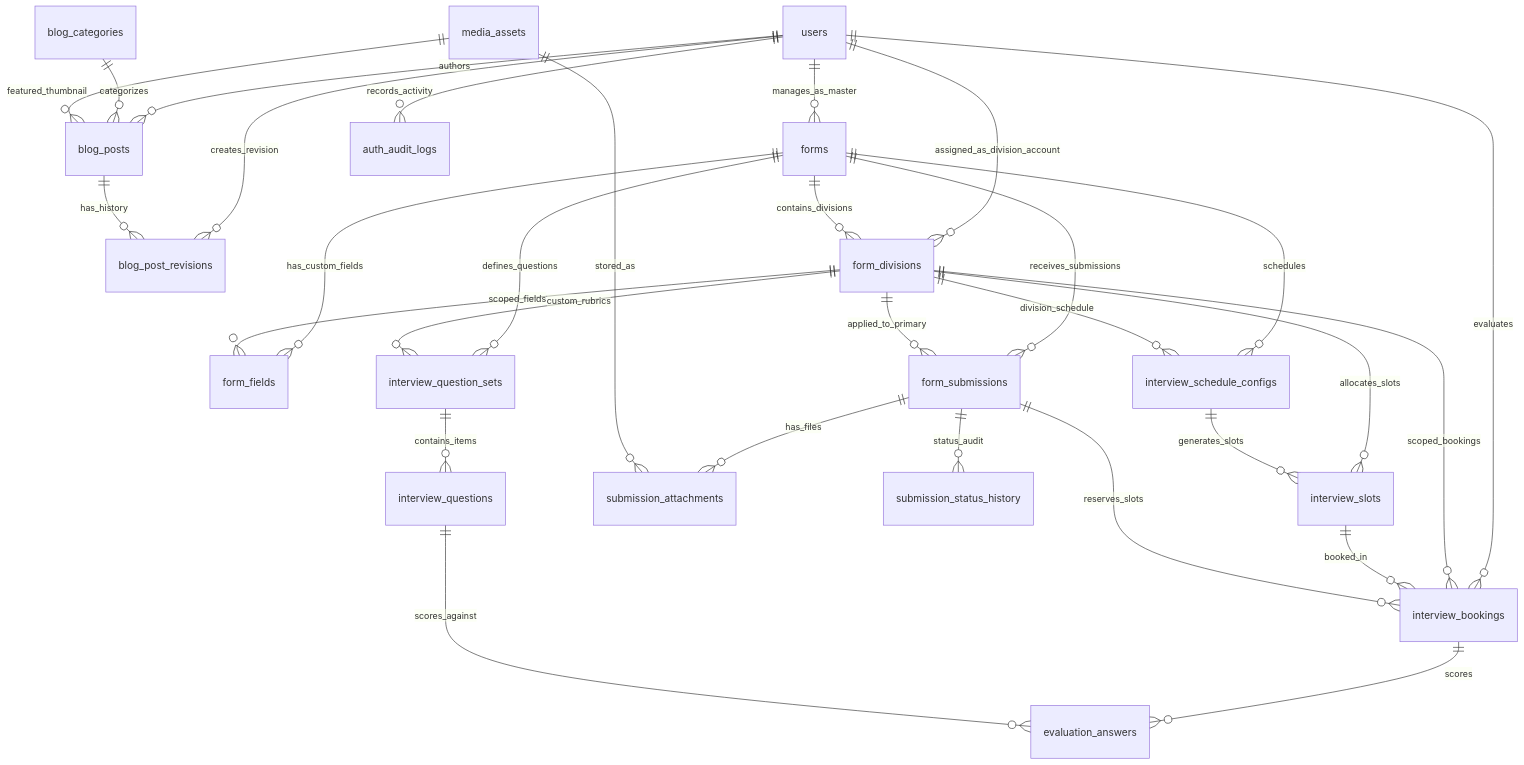
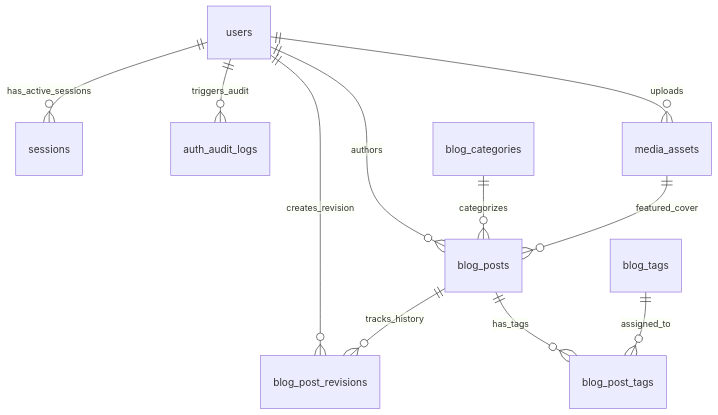
One commit to NabilHilmi21/himaiftelkomuniv changed the diagram in planning/DATABASE_SCHEMA.md. Above: the diagram before and after it, drawn with Mermaid. The commit also changed other lines of this file and 11 other files, not shown here.

Commit message:
docs(planning): pivot architecture to modern wordpress-like blog cms v3.0.0

````diff
--- a/planning/DATABASE_SCHEMA.md
+++ b/planning/DATABASE_SCHEMA.md
@@ -52,38 +48,14 @@
 ```mermaid
 erDiagram
+    users ||--o{ sessions : "has_active_sessions"
+    users ||--o{ auth_audit_logs : "triggers_audit"
     users ||--o{ blog_posts : "authors"
     users ||--o{ blog_post_revisions : "creates_revision"
-    users ||--o{ forms : "manages_as_master"
-    users ||--o{ form_divisions : "assigned_as_division_account"
-    users ||--o{ interview_bookings : "evaluates"
-    users ||--o{ auth_audit_logs : "records_activity"
+    users ||--o{ media_assets : "uploads"
 
     blog_categories ||--o{ blog_posts : "categorizes"
-    blog_posts ||--o{ blog_post_revisions : "has_history"
-    media_assets ||--o{ blog_posts : "featured_thumbnail"
-
-    forms ||--o{ form_divisions : "contains_divisions"
-    forms ||--o{ form_fields : "has_custom_fields"
-    forms ||--o{ form_submissions : "receives_submissions"
-    forms ||--o{ interview_schedule_configs : "schedules"
-    forms ||--o{ interview_question_sets : "defines_questions"
-
-    form_divisions ||--o{ form_fields : "scoped_fields"
-    form_divisions ||--o{ form_submissions : "applied_to_primary"
-    form_divisions ||--o{ interview_schedule_configs : "division_schedule"
-    form_divisions ||--o{ interview_slots : "allocates_slots"
-    form_divisions ||--o{ interview_question_sets : "custom_rubrics"
-    form_divisions ||--o{ interview_bookings : "scoped_bookings"
-
-    interview_schedule_configs ||--o{ interview_slots : "generates_slots"
-    interview_slots ||--o{ interview_bookings : "booked_in"
-
-    form_submissions ||--o{ submission_attachments : "has_files"
-    form_submissions ||--o{ submission_status_history : "status_audit"
-    form_submissions ||--o{ interview_bookings : "reserves_slots"
-    media_assets ||--o{ submission_attachments : "stored_as"
-
-    interview_question_sets ||--o{ interview_questions : "contains_items"
-    interview_bookings ||--o{ evaluation_answers : "scores"
-    interview_questions ||--o{ evaluation_answers : "scores_against"
+    blog_posts ||--o{ blog_post_revisions : "tracks_history"
+    blog_posts ||--o{ blog_post_tags : "has_tags"
+    blog_tags ||--o{ blog_post_tags : "assigned_to"
+    media_assets ||--o{ blog_posts : "featured_cover"
 ```
````
